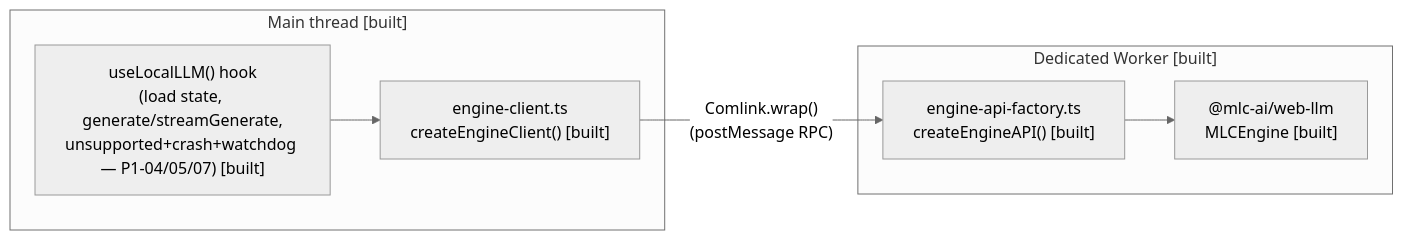
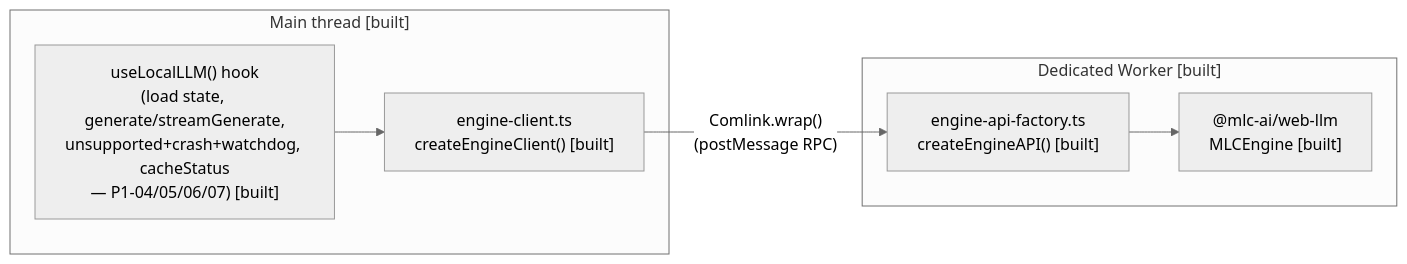
Before and after one commit to Muhammad-UmairAli/use-browser-llm: the second of 2 diagrams in docs/architecture-diagrams.md, drawn with Mermaid (neutral theme). The commit also changed other lines of this file and 10 other files, not shown here.

First line of the commit message:
P1-06: Cache-status exposure

````diff
--- a/docs/architecture-diagrams.md
+++ b/docs/architecture-diagrams.md
@@ -39,16 +39,16 @@
 ```mermaid
 flowchart LR
     subgraph MainThread["Main thread [built]"]
-        hook["useLocalLLM() hook\n(load state, generate/streamGenerate,\nunsupported+crash+watchdog — P1-04/05/07) [built]"]
+        hook["useLocalLLM() hook\n(load state, generate/streamGenerate,\nunsupported+crash+watchdog, cacheStatus\n— P1-04/05/06/07) [built]"]
         client["engine-client.ts\ncreateEngineClient() [built]"]
         hook --> client
     end
 
     subgraph Worker["Dedicated Worker [built]"]
         api["engine-api-factory.ts\ncreateEngineAPI() [built]"]
         engine["@mlc-ai/web-llm\nMLCEngine [built]"]
         api --> engine
     end
 
     client -- "Comlink.wrap<EngineAPI>()\n(postMessage RPC)" --> api
 ```
````
